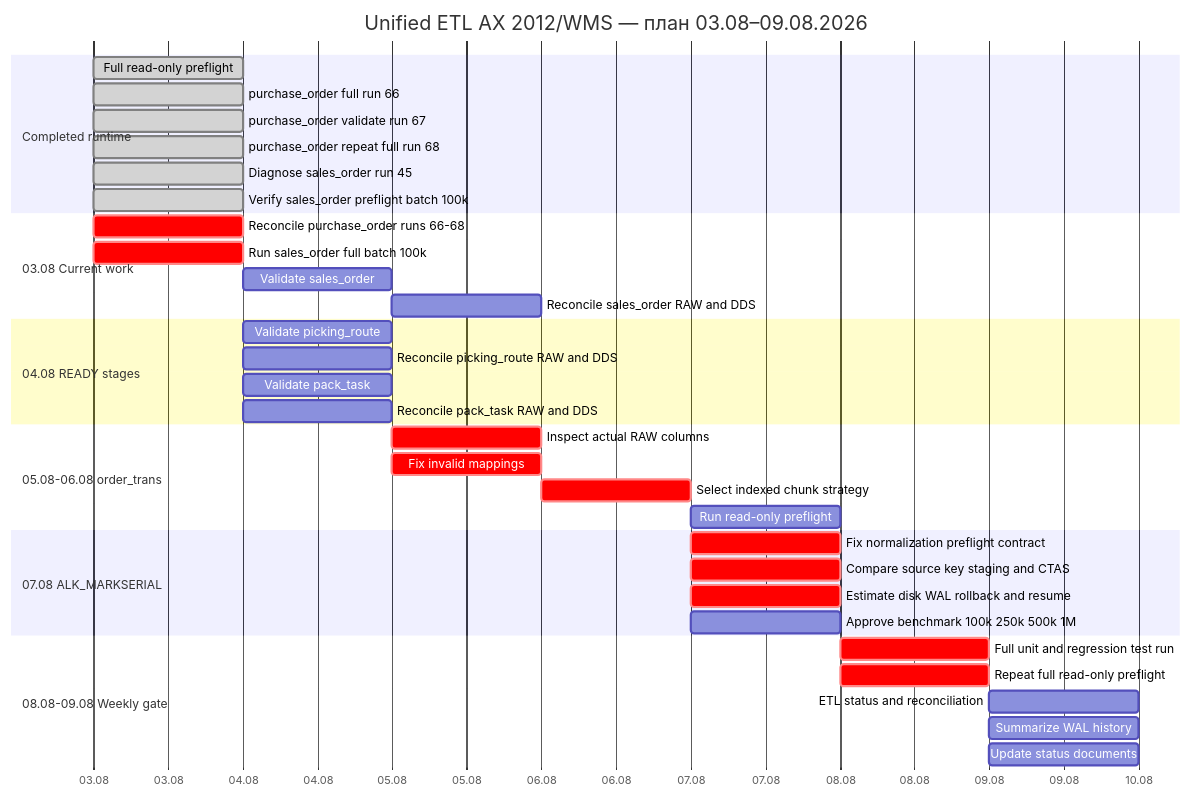
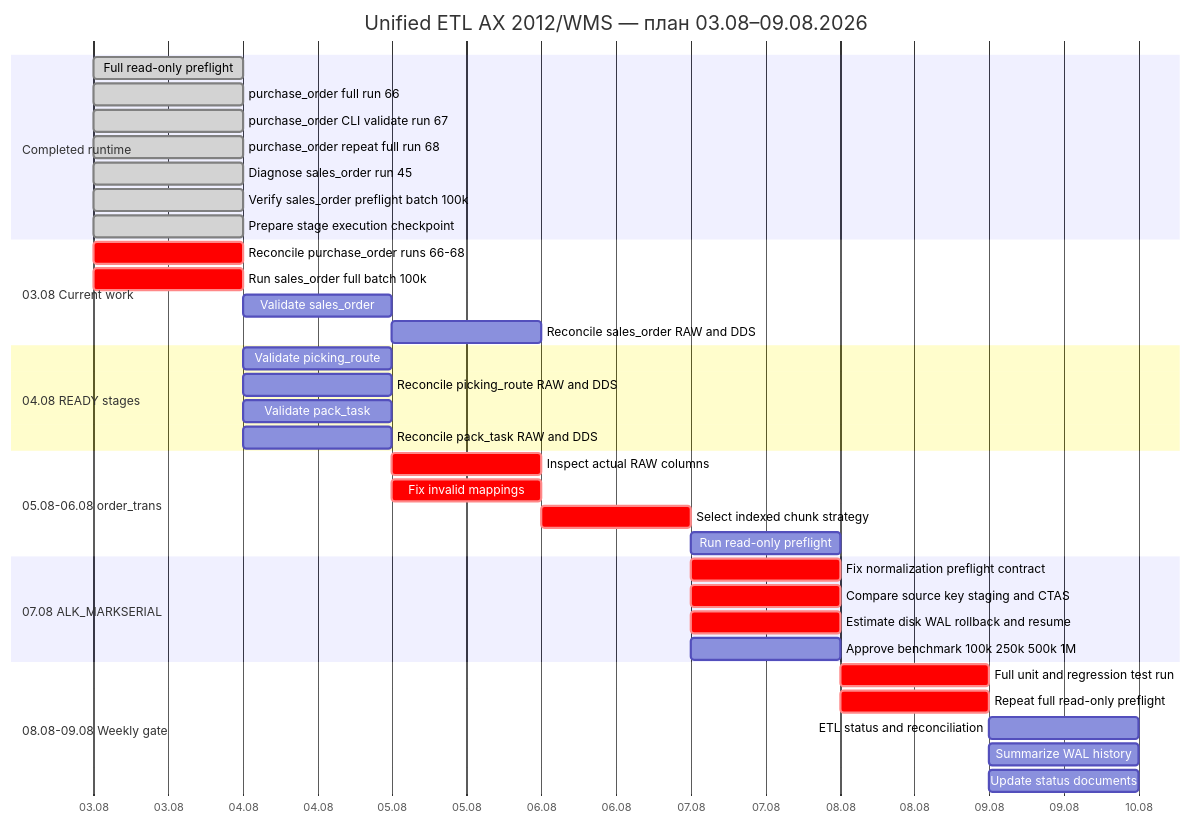
One commit to eignat88/jira_focus_exporter changed the diagram in bz/Anomaly Detection_V2/gantt.md. Above: the diagram before and after it, drawn with Mermaid. The commit also changed other lines of this file and 11 other files, not shown here.

Commit message:
fix: prepare safe RAW to DDS stage execution

````diff
--- a/bz/Anomaly Detection_V2/gantt.md
+++ b/bz/Anomaly Detection_V2/gantt.md
@@ -5,45 +5,46 @@
 ```mermaid
 gantt
     title Unified ETL AX 2012/WMS — план 03.08–09.08.2026
     dateFormat YYYY-MM-DD
     axisFormat %d.%m
 
     section Completed runtime
     Full read-only preflight                 :done, full_pre, 2026-08-03, 1d
     purchase_order full run 66               :done, po66, 2026-08-03, 1d
-    purchase_order validate run 67           :done, po67, 2026-08-03, 1d
+    purchase_order CLI validate run 67       :done, po67, 2026-08-03, 1d
     purchase_order repeat full run 68        :done, po68, 2026-08-03, 1d
     Diagnose sales_order run 45              :done, so45, 2026-08-03, 1d
     Verify sales_order preflight batch 100k  :done, so_pre100, 2026-08-03, 1d
+    Prepare stage execution checkpoint       :done, checkpoint, 2026-08-03, 1d
 
     section 03.08 Current work
     Reconcile purchase_order runs 66-68      :crit, po_rec, 2026-08-03, 1d
     Run sales_order full batch 100k          :crit, so_full, 2026-08-03, 1d
     Validate sales_order                     :so_val, after so_full, 1d
     Reconcile sales_order RAW and DDS        :so_rec, after so_val, 1d
 
     section 04.08 READY stages
     Validate picking_route                   :pick_val, 2026-08-04, 1d
     Reconcile picking_route RAW and DDS       :pick_rec, 2026-08-04, 1d
     Validate pack_task                       :pack_val, 2026-08-04, 1d
     Reconcile pack_task RAW and DDS           :pack_rec, 2026-08-04, 1d
 
     section 05.08-06.08 order_trans
     Inspect actual RAW columns               :crit, ot_cols, 2026-08-05, 1d
     Fix invalid mappings                     :crit, ot_map, 2026-08-05, 1d
     Select indexed chunk strategy            :crit, ot_strategy, 2026-08-06, 1d
     Run read-only preflight                  :ot_pre, after ot_strategy, 1d
 
     section 07.08 ALK_MARKSERIAL
     Fix normalization preflight contract     :crit, norm_contract, 2026-08-07, 1d
     Compare source key staging and CTAS      :crit, norm_compare, 2026-08-07, 1d
     Estimate disk WAL rollback and resume    :crit, norm_risk, 2026-08-07, 1d
     Approve benchmark 100k 250k 500k 1M      :bench, 2026-08-07, 1d
 
     section 08.08-09.08 Weekly gate
     Full unit and regression test run        :crit, gate_tests, 2026-08-08, 1d
     Repeat full read-only preflight          :crit, gate_pre, 2026-08-08, 1d
     ETL status and reconciliation            :gate_status, 2026-08-09, 1d
     Summarize WAL history                    :gate_wal, 2026-08-09, 1d
     Update status documents                  :gate_docs, 2026-08-09, 1d
 ```
````
